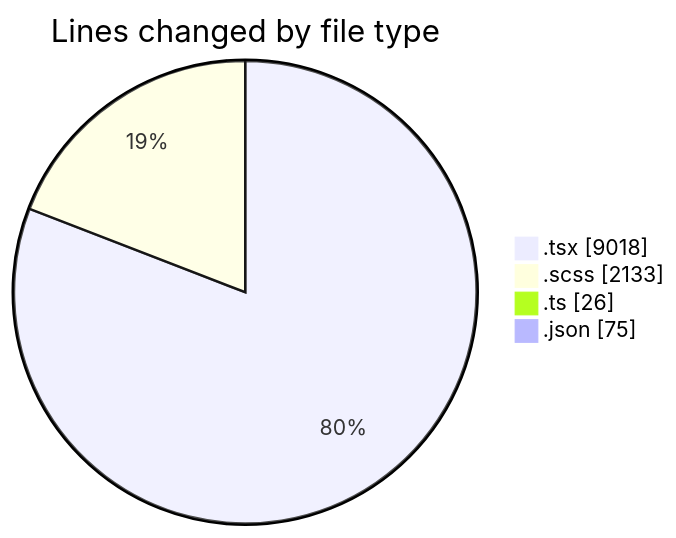
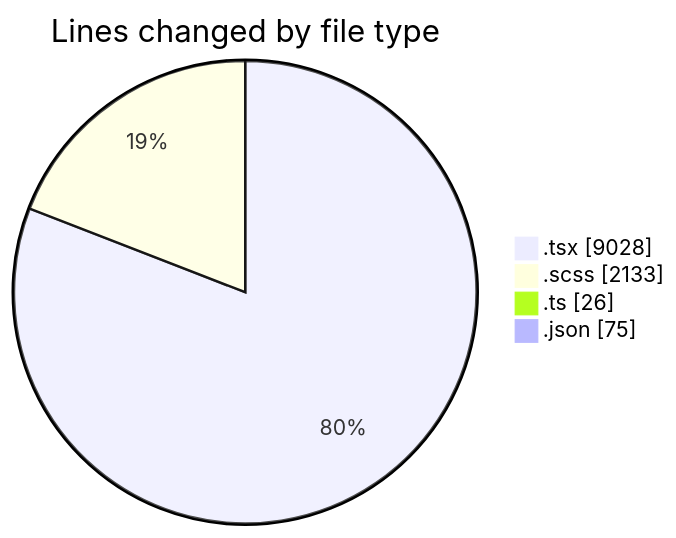
One commit to momahboobian/code-tracking changed the first of 2 diagrams in 2025-04-09/cda/README.md. Above: the diagram before and after it, drawn with Mermaid. The commit also changed other lines of this file and 1 other file, not shown here.

````diff
--- a/2025-04-09/cda/README.md
+++ b/2025-04-09/cda/README.md
@@ -52,8 +52,8 @@
 ```mermaid
 pie showData
 title Lines changed by file type
-".tsx" : 9018
+".tsx" : 9028
 ".scss" : 2133
 ".ts" : 26
 ".json" : 75
 ```
````
